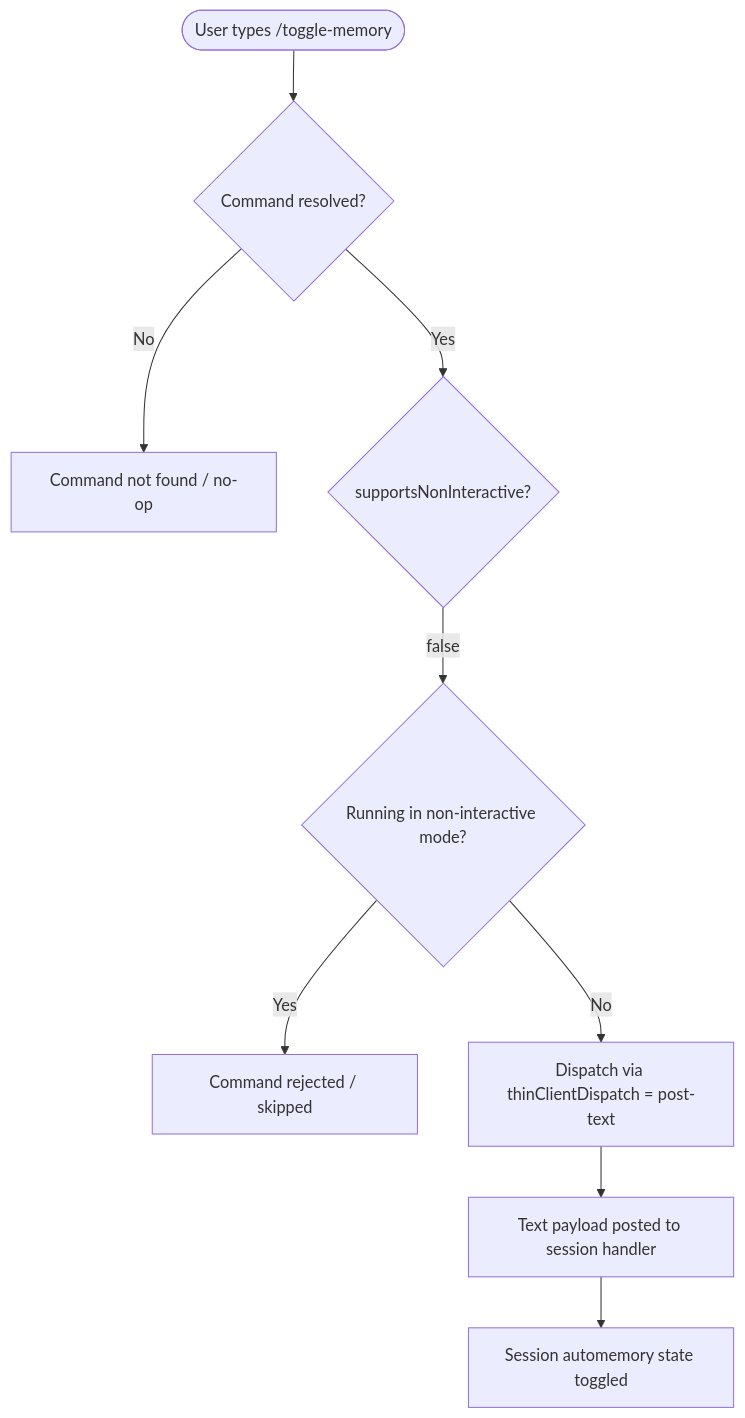
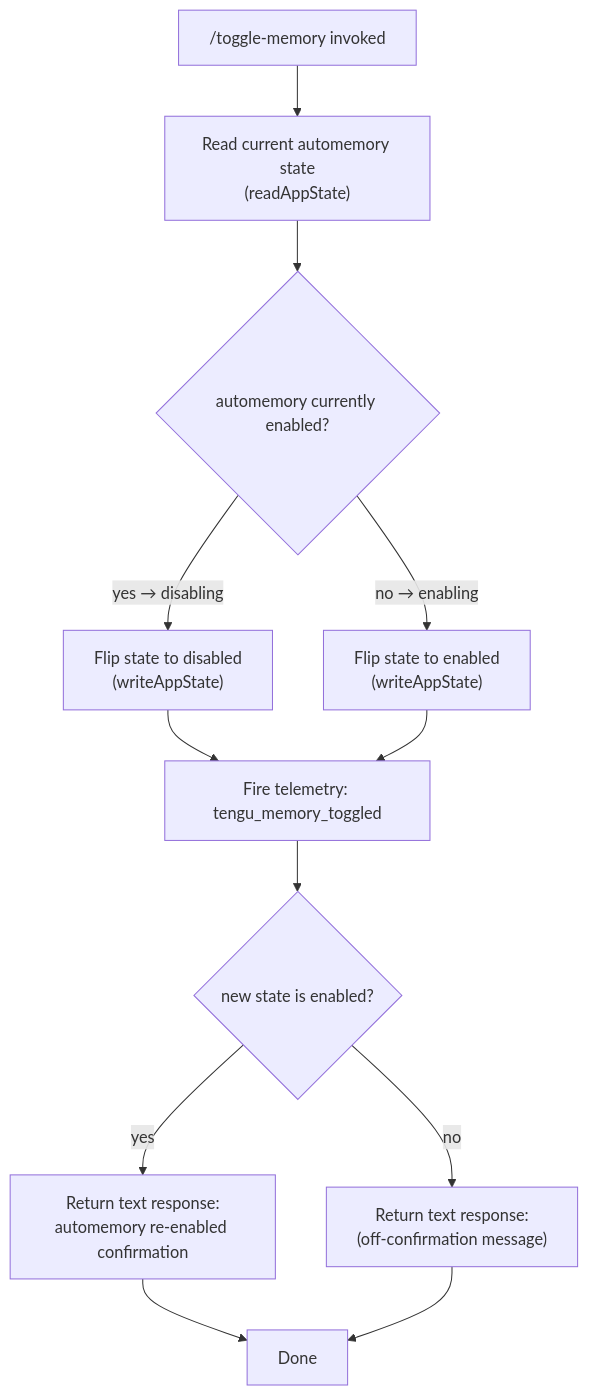
The diagram in versions/v2.1.144/toggle-memory.md (MyLittleLuckyDog/cc-gnothi), drawn with Mermaid before and after one commit. The commit also changed other lines of this file and 483 other files, not shown here.

````diff
--- a/versions/v2.1.144/toggle-memory.md
+++ b/versions/v2.1.144/toggle-memory.md
@@ -52,11 +57,14 @@
 ```mermaid
 flowchart TD
-    A([User types /toggle-memory]) --> B{Command resolved?}
-    B -- No --> C[Command not found / no-op]
-    B -- Yes --> D{supportsNonInteractive?}
-    D -- false --> E{Running in non-interactive mode?}
-    E -- Yes --> F[Command rejected / skipped]
-    E -- No --> G[Dispatch via thinClientDispatch = post-text]
-    G --> H[Text payload posted to session handler]
-    H --> I[Session automemory state toggled]
+    A["/toggle-memory invoked"] --> B["Read current automemory state\n(readAppState)"]
+    B --> C{automemory currently enabled?}
+    C -- "yes → disabling" --> D["Flip state to disabled\n(writeAppState)"]
+    C -- "no → enabling" --> E["Flip state to enabled\n(writeAppState)"]
+    D --> F["Fire telemetry: tengu_memory_toggled"]
+    E --> F
+    F --> G{new state is enabled?}
+    G -- "yes" --> H["Return text response:\nautomemory re-enabled confirmation"]
+    G -- "no" --> I["Return text response:\n(off-confirmation message)"]
+    H --> J[Done]
+    I --> J
 ```
````
